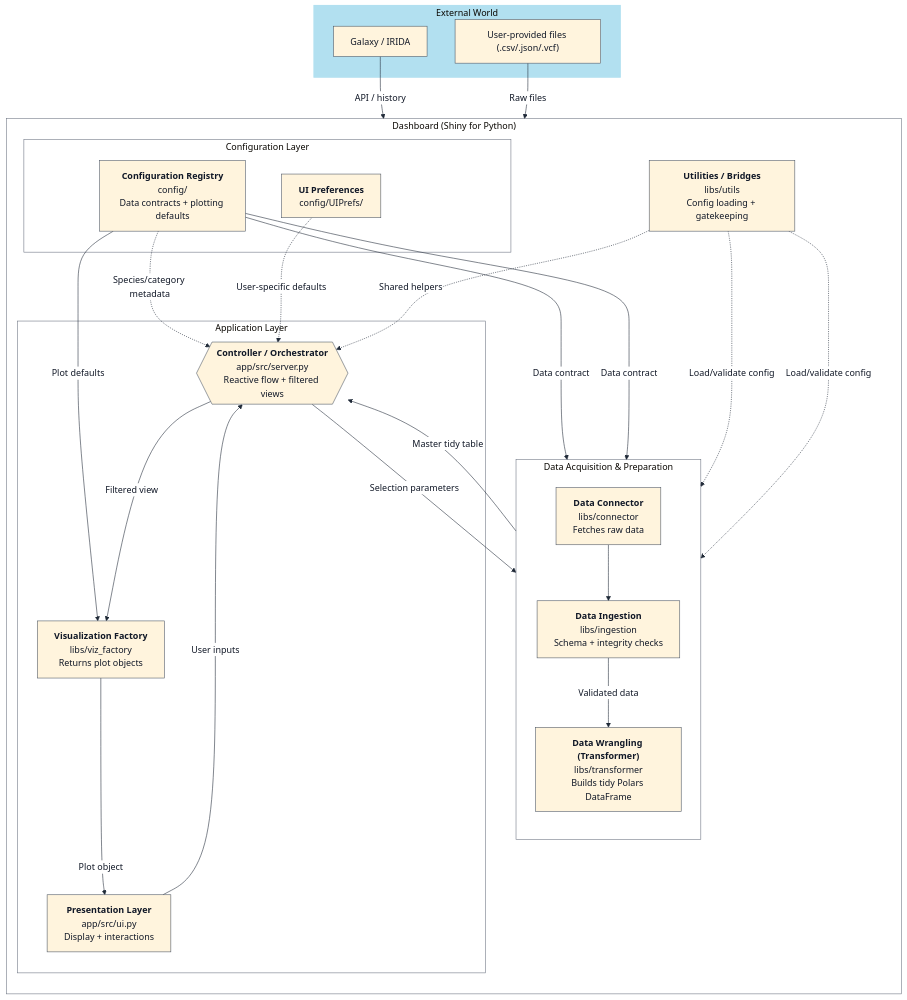
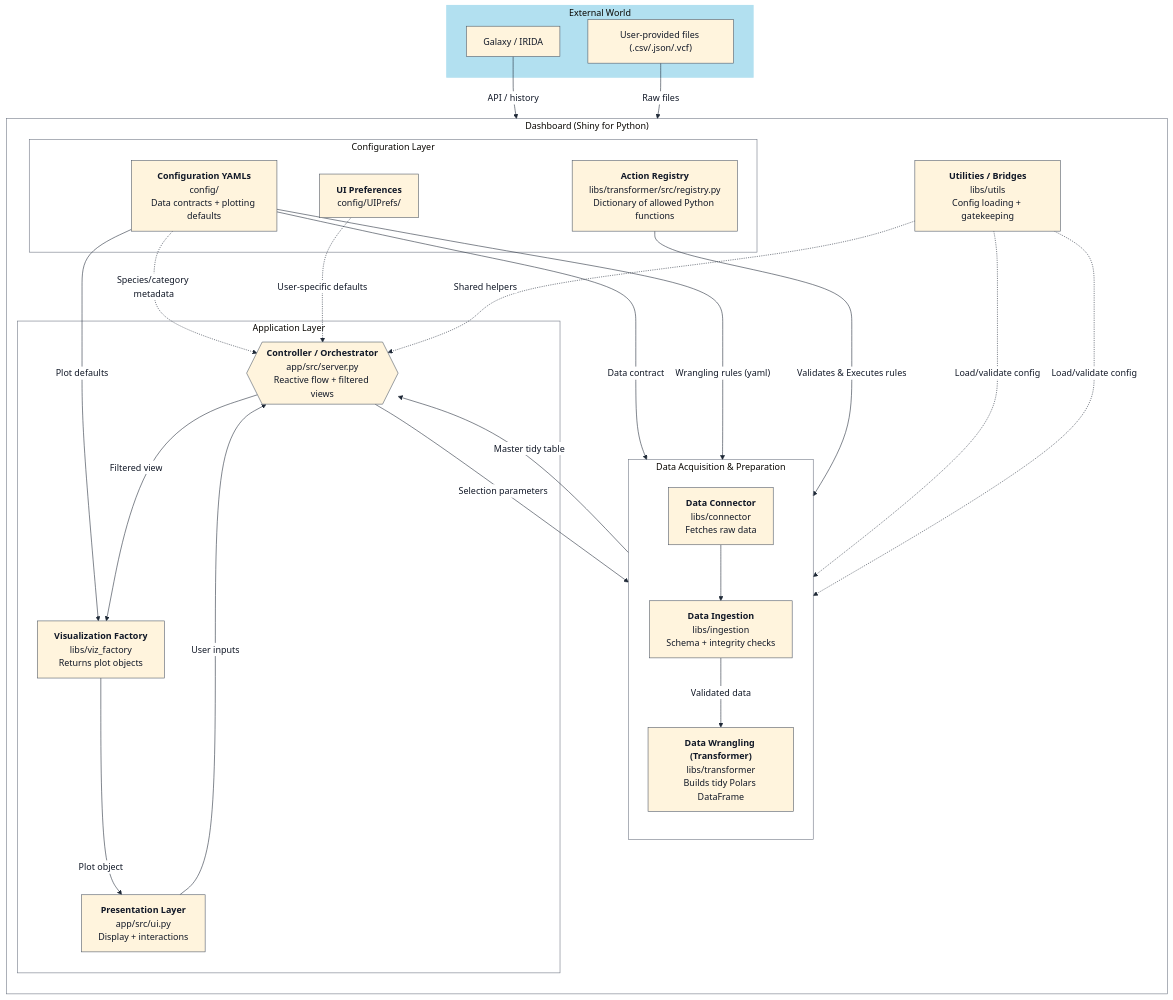
Before and after one commit to NorwegianVeterinaryInstitute/SPARMVET_VIZ: the diagram in docs/architecture/_mermaid.mmd, drawn with Mermaid. The commit also changed 10 other files, not shown here.

Commit message:
feat: Implement declarative data wrangling via a YAML-based action registry and data wrangler, with dedicated documentation and UI help.

```diff
--- a/docs/architecture/_mermaid.mmd
+++ b/docs/architecture/_mermaid.mmd
@@ -1,75 +1,77 @@
 %%{init: {
     "theme": "base",
     "themeVariables": {
         "clusterBkg": "transparent",
         "clusterBorder": "#6b7280",
         "lineColor": "#1f2937",
         "primaryBorderColor": "#4b5563",
         "primaryTextColor": "#111827",
         "edgeLabelBackground": "#ffffff",
         "stroke-width": "8px",
         "stroke": "#b2e0f0"
     }
 }}%%
 
 
 %% "primaryColor": "transparent",
 %% "secondaryColor": "transparent",
 %% "tertiaryColor": "transparent",
         
 
 
 
 graph TD
     subgraph Ext["External World"]
         Galaxy["Galaxy / IRIDA"]
         Upload["User-provided files (.csv/.json/.vcf)"]
     end
 
     subgraph Dash["Dashboard (Shiny for Python)"]
         direction TB
 
         subgraph DataPath["Data Acquisition & Preparation"]
             direction TB
             Connector["<b>Data Connector</b><br/>libs/connector<br/>Fetches raw data"]
             Ingest["<b>Data Ingestion</b><br/>libs/ingestion<br/>Schema + integrity checks"]
             Transform["<b>Data Wrangling (Transformer)</b><br/>libs/transformer<br/>Builds tidy Polars DataFrame"]
         end
 
         subgraph ConfigLayer["Configuration Layer"]
-            Config["<b>Configuration Registry</b><br/>config/<br/>Data contracts + plotting defaults"]
+            Config["<b>Configuration YAMLs</b><br/>config/<br/>Data contracts + plotting defaults"]
+            ActionReg["<b>Action Registry</b><br/>libs/transformer/src/registry.py<br/>Dictionary of allowed Python functions"]
             UIPrefs["<b>UI Preferences</b><br/>config/UIPrefs/"]
         end
 
         Utils["<b>Utilities / Bridges</b><br/>libs/utils<br/>Config loading + gatekeeping"]
 
         subgraph AppLayer["Application Layer"]
             Controller{{"<b>Controller / Orchestrator</b><br/>app/src/server.py<br/>Reactive flow + filtered views"}}
             Factory["<b>Visualization Factory</b><br/>libs/viz_factory<br/>Returns plot objects"]
             UI["<b>Presentation Layer</b><br/>app/src/ui.py<br/>Display + interactions"]
         end
     end
 
-    Galaxy -->|API / history| Connector
-    Upload -->|Raw files| Ingest
+    Galaxy -->|"API / history"| Connector
+    Upload -->|"Raw files"| Ingest
     Connector --> Ingest
-    Ingest -->|Validated data| Transform
+    Ingest -->|"Validated data"| Transform
 
-    Config -->|Data contract| Ingest
-    Config -->|Data contract| Transform
-    Config -->|Plot defaults| Factory
-    Config -.->|Species/category metadata| Controller
-    UIPrefs -.->|User-specific defaults| Controller
+    Config -->|"Data contract"| Ingest
+    Config -->|"Wrangling rules (yaml)"| Transform
+    ActionReg -->|"Validates & Executes rules"| Transform
+    Config -->|"Plot defaults"| Factory
+    Config -.->|"Species/category metadata"| Controller
+    UIPrefs -.->|"User-specific defaults"| Controller
 
-    Utils -.->|Load/validate config| Ingest
-    Utils -.->|Load/validate config| Transform
-    Utils -.->|Shared helpers| Controller
+    Utils -.->|"Load/validate config"| Ingest
+    Utils -.->|"Load/validate config"| Transform
+    Utils -.->|"Shared helpers"| Controller
 
-    Transform -->|Master tidy table| Controller
-    Controller -->|Filtered view| Factory
-    Factory -->|Plot object| UI
-    UI -->|User inputs| Controller
-    Controller -->|Selection parameters| Transform
+    Transform -->|"Master tidy table"| Controller
+    Controller -->|"Filtered view"| Factory
+    Factory -->|"Plot object"| UI
+    UI -->|"User inputs"| Controller
+    Controller -->|"Selection parameters"| Transform
 
     %% Styling
     style Ext fill:#b2e0f0,stroke:#b2e0f0,stroke-width:2px
```
